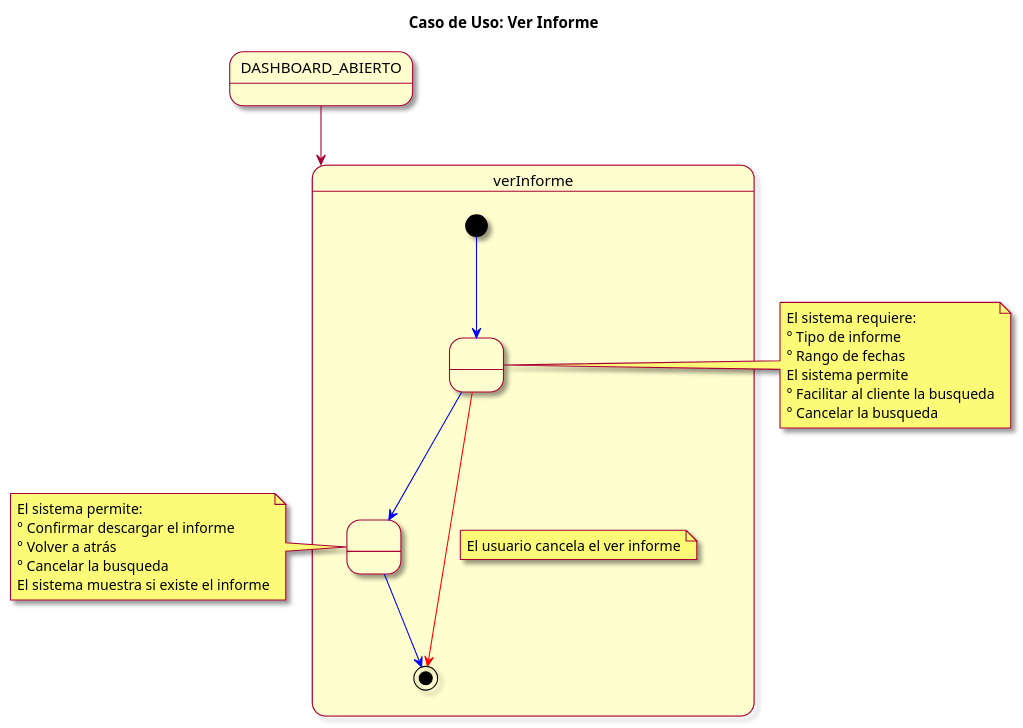
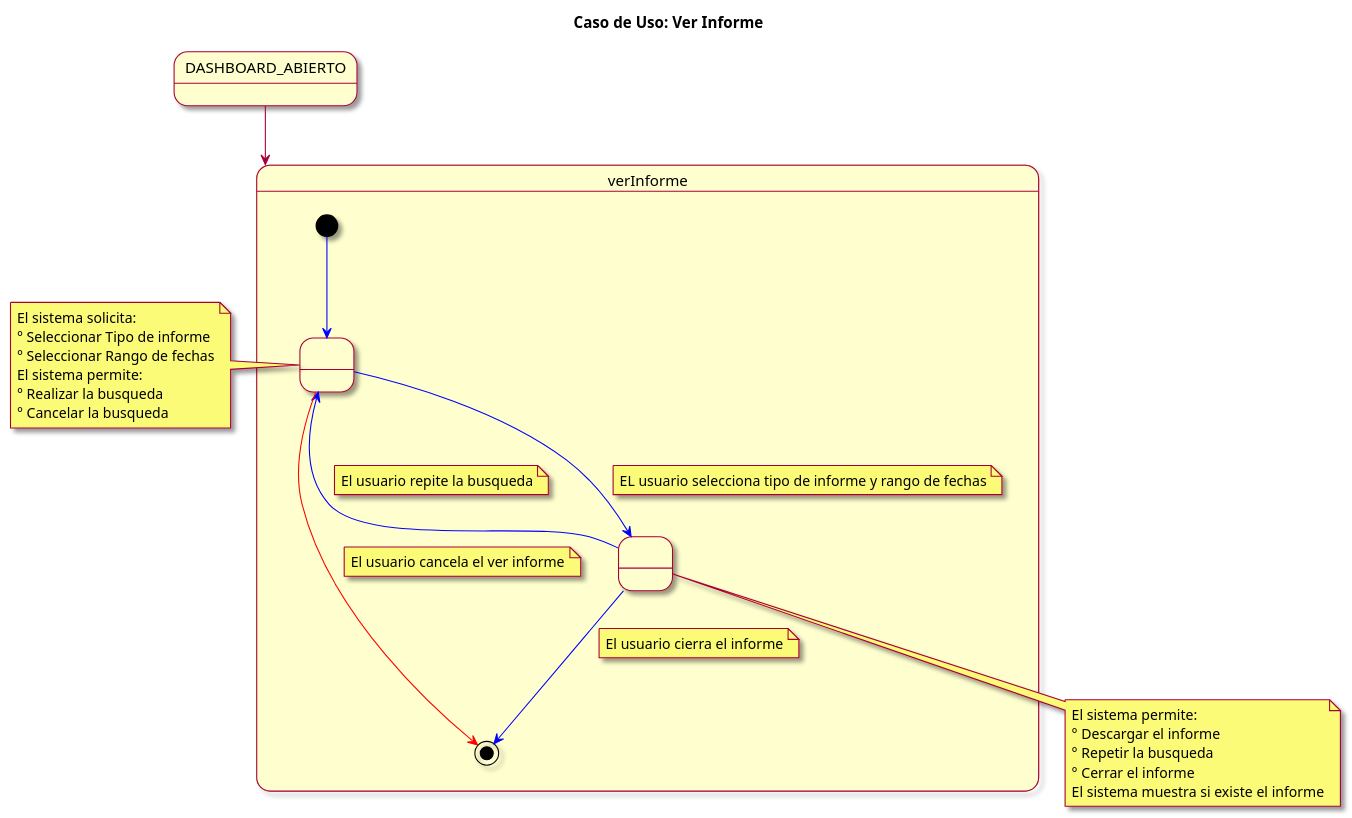
One commit to mmasias/23-24-IdSw1-SDR changed the diagram in modelosUML/casosDeUso/detalles/verInformeV2.puml. Above: the diagram before and after it, drawn with PlantUML. The commit also changed 1 other file, not shown here.

Commit message:
añadiendo conversación del actor con el sistema en  casos de uso ver informe

```diff
--- a/modelosUML/casosDeUso/detalles/verInformeV2.puml
+++ b/modelosUML/casosDeUso/detalles/verInformeV2.puml
@@ -1,38 +1,43 @@
 @startuml descripción CDU informe
 
 skin rose
 title Caso de Uso: Ver Informe
 
 state DASHBOARD_ABIERTO
 
 DASHBOARD_ABIERTO --> verInforme
 
 state verInforme {
   [*] -[#blue]-> inicioInforme
   state " " as inicioInforme
   inicioInforme -[#blue]-> mostrarInforme
-  state " " as mostrarInforme
-  mostrarInforme  -[#blue]-> [*]
-  
+  note on link: EL usuario selecciona tipo de informe y rango de fechas
   inicioInforme -[#red]-> [*]
   note on link: El usuario cancela el ver informe
+
+  state " " as mostrarInforme
+  mostrarInforme -[#blue]-> inicioInforme
+  note on link: El usuario repite la busqueda
+  mostrarInforme -[#blue]-> [*]
+  note on link: El usuario cierra el informe
+  
 }
 
-note left of mostrarInforme
+note left of inicioInforme
+  El sistema solicita:
+  ° Seleccionar Tipo de informe
+  ° Seleccionar Rango de fechas
   El sistema permite:
-  ° Confirmar descargar el informe
-  ° Volver a atrás
+  ° Realizar la busqueda
   ° Cancelar la busqueda
+end note
+
+note bottom of mostrarInforme
+  El sistema permite:
+  ° Descargar el informe
+  ° Repetir la busqueda
+  ° Cerrar el informe
   El sistema muestra si existe el informe
 end note
 
-note left of inicioInforme
-  El sistema requiere:
-  ° Tipo de informe
-  ° Rango de fechas
-  El sistema permite
-  ° Facilitar al cliente la busqueda
-  ° Cancelar la busqueda
-end note
-
 @enduml
```
